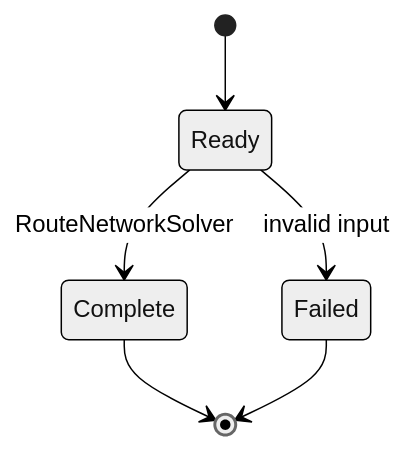
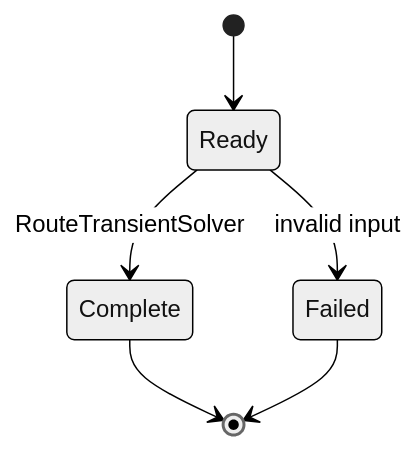
Before and after one commit to ShiboSoftwareDev/signal-integrity-pipeline: the second of 2 diagrams in README.md, drawn with Mermaid (neutral theme). The commit also changed other lines of this file and 17 other files, not shown here.

First line of the commit message:
feat: add RouteTransientSolver

````diff
--- a/README.md
+++ b/README.md
@@ -24,8 +25,8 @@
 ```mermaid
 stateDiagram-v2
   [*] --> Ready
-  Ready --> Complete: RouteNetworkSolver
+  Ready --> Complete: RouteTransientSolver
   Ready --> Failed: invalid input
   Complete --> [*]
   Failed --> [*]
 ```
````
